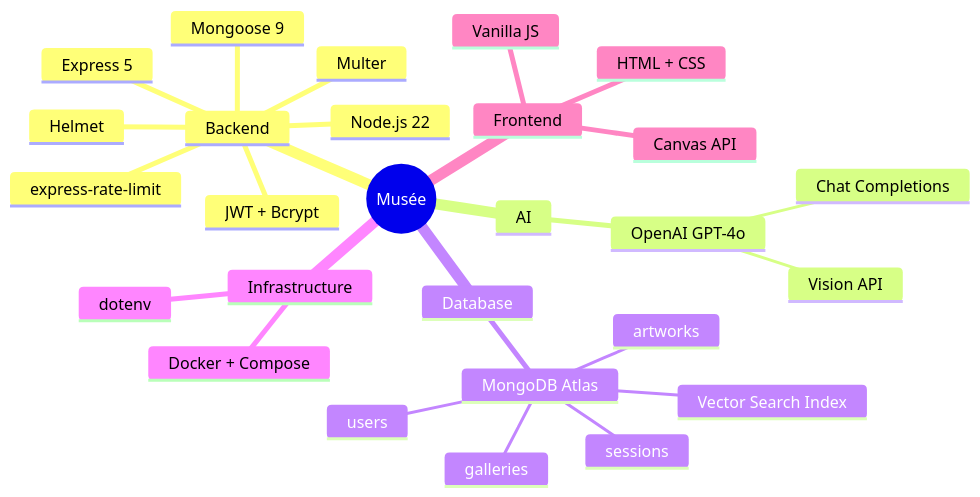
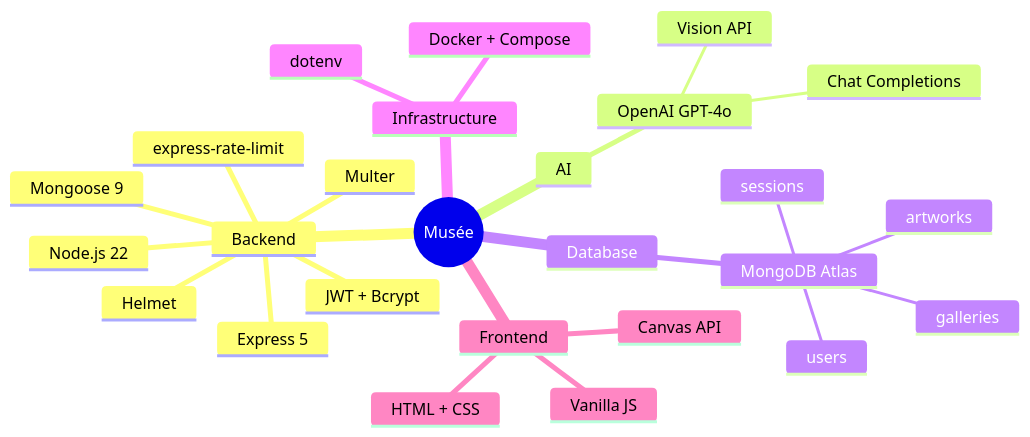
The fifth of 5 diagrams in README.md (Shahed-AlZubi03/muse-e), drawn with Mermaid before and after one commit. The commit also changed other lines of this file and 1 other file, not shown here.

````diff
--- a/README.md
+++ b/README.md
@@ -285,30 +292,29 @@
 ```mermaid
 mindmap
   root((Musée))
     Backend
       Node.js 22
       Express 5
       Mongoose 9
       Multer
       JWT + Bcrypt
       Helmet
       express-rate-limit
     AI
       OpenAI GPT-4o
         Vision API
         Chat Completions
     Database
       MongoDB Atlas
-        Vector Search Index
         artworks
         sessions
         galleries
         users
     Infrastructure
       Docker + Compose
       dotenv
     Frontend
       HTML + CSS
       Vanilla JS
       Canvas API
 ```
````
